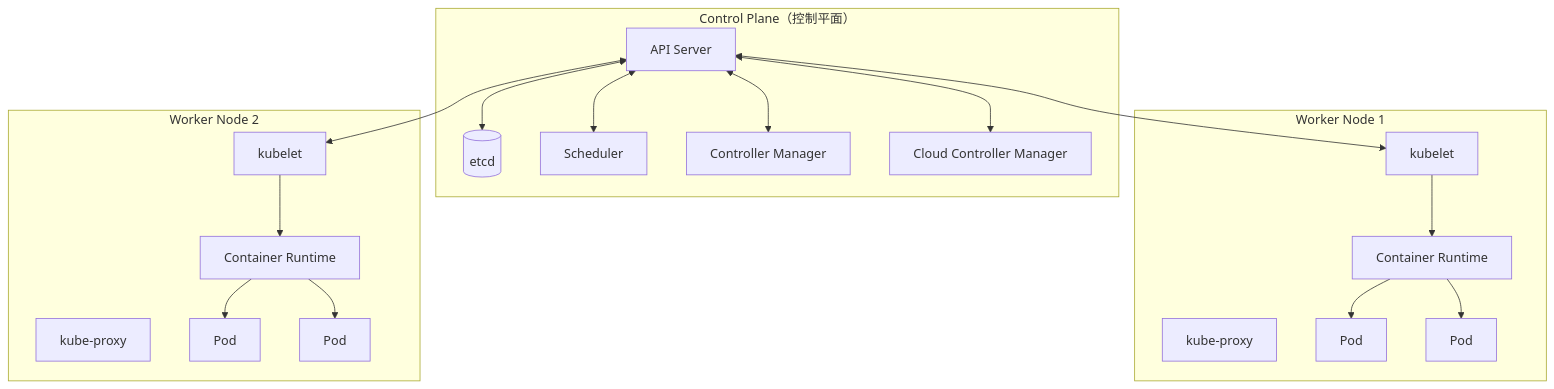
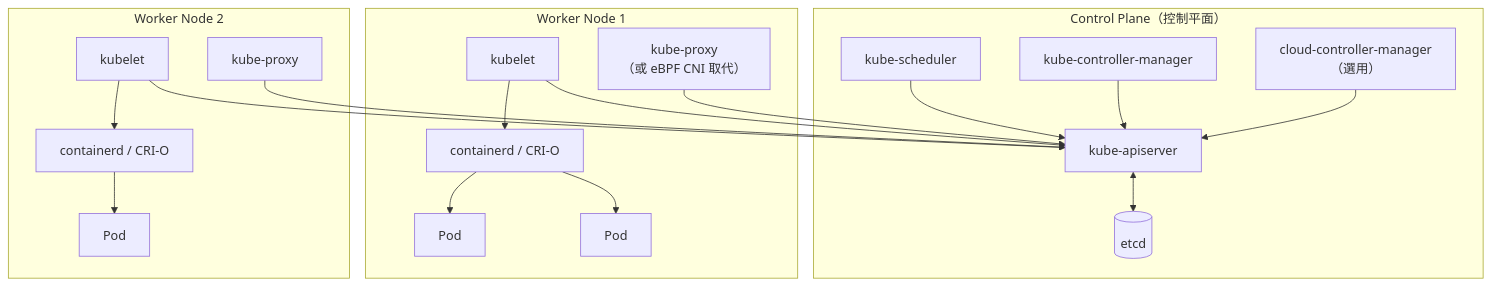
One commit to chihhung/Blog changed the second of 31 diagrams in content/posts/教學/工具/Kubernetes教學手冊.md. Above: the diagram before and after it, drawn with Mermaid. The commit also changed other lines of this file and 8 other files, not shown here.

````diff
--- a/content/posts/教學/工具/Kubernetes教學手冊.md
+++ b/content/posts/教學/工具/Kubernetes教學手冊.md
@@ -214,41 +444,39 @@
 ```mermaid
 flowchart TB
-    subgraph ControlPlane["Control Plane（控制平面）"]
-        API[API Server]
-        ETCD[(etcd)]
-        SCHED[Scheduler]
-        CM[Controller Manager]
-        CCM[Cloud Controller Manager]
+    subgraph CP["Control Plane（控制平面）"]
+        API["kube-apiserver"]
+        ETCD[("etcd")]
+        SCHED["kube-scheduler"]
+        KCM["kube-controller-manager"]
+        CCM["cloud-controller-manager<br/>（選用）"]
     end
-    
-    subgraph WorkerNode1["Worker Node 1"]
-        K1[kubelet]
-        KP1[kube-proxy]
-        CR1[Container Runtime]
-        P1[Pod]
-        P2[Pod]
+
+    subgraph W1["Worker Node 1"]
+        K1["kubelet"]
+        KP1["kube-proxy<br/>（或 eBPF CNI 取代）"]
+        CR1["containerd / CRI-O"]
+        P1["Pod"]
+        P2["Pod"]
     end
-    
-    subgraph WorkerNode2["Worker Node 2"]
-        K2[kubelet]
-        KP2[kube-proxy]
-        CR2[Container Runtime]
-        P3[Pod]
-        P4[Pod]
+
+    subgraph W2["Worker Node 2"]
+        K2["kubelet"]
+        KP2["kube-proxy"]
+        CR2["containerd / CRI-O"]
+        P3["Pod"]
     end
-    
+
     API <--> ETCD
-    API <--> SCHED
-    API <--> CM
-    API <--> CCM
-    
-    API <--> K1
-    API <--> K2
-    
+    SCHED --> API
+    KCM --> API
+    CCM --> API
+    K1 --> API
+    K2 --> API
+    KP1 --> API
+    KP2 --> API
     K1 --> CR1
     K2 --> CR2
     CR1 --> P1
     CR1 --> P2
     CR2 --> P3
-    CR2 --> P4
 ```
````
